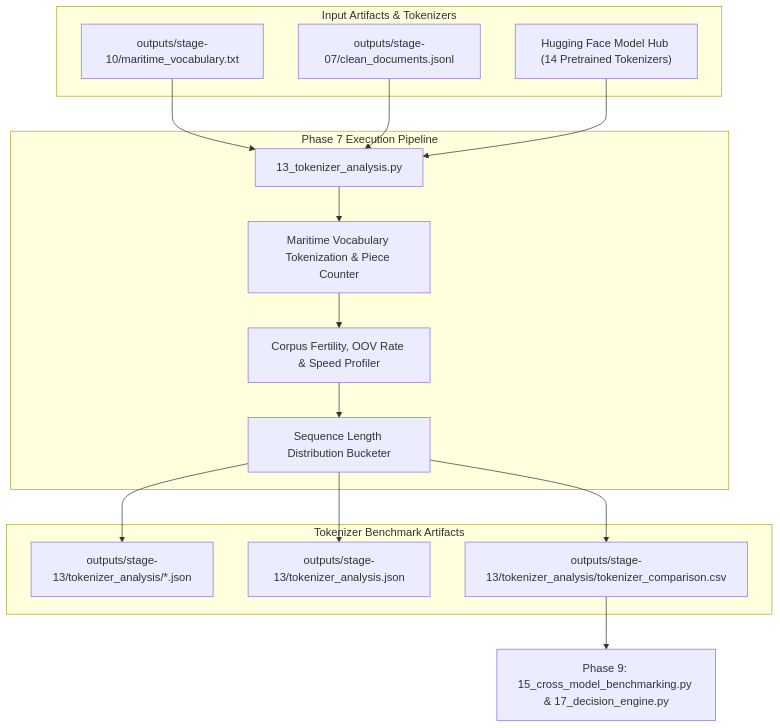
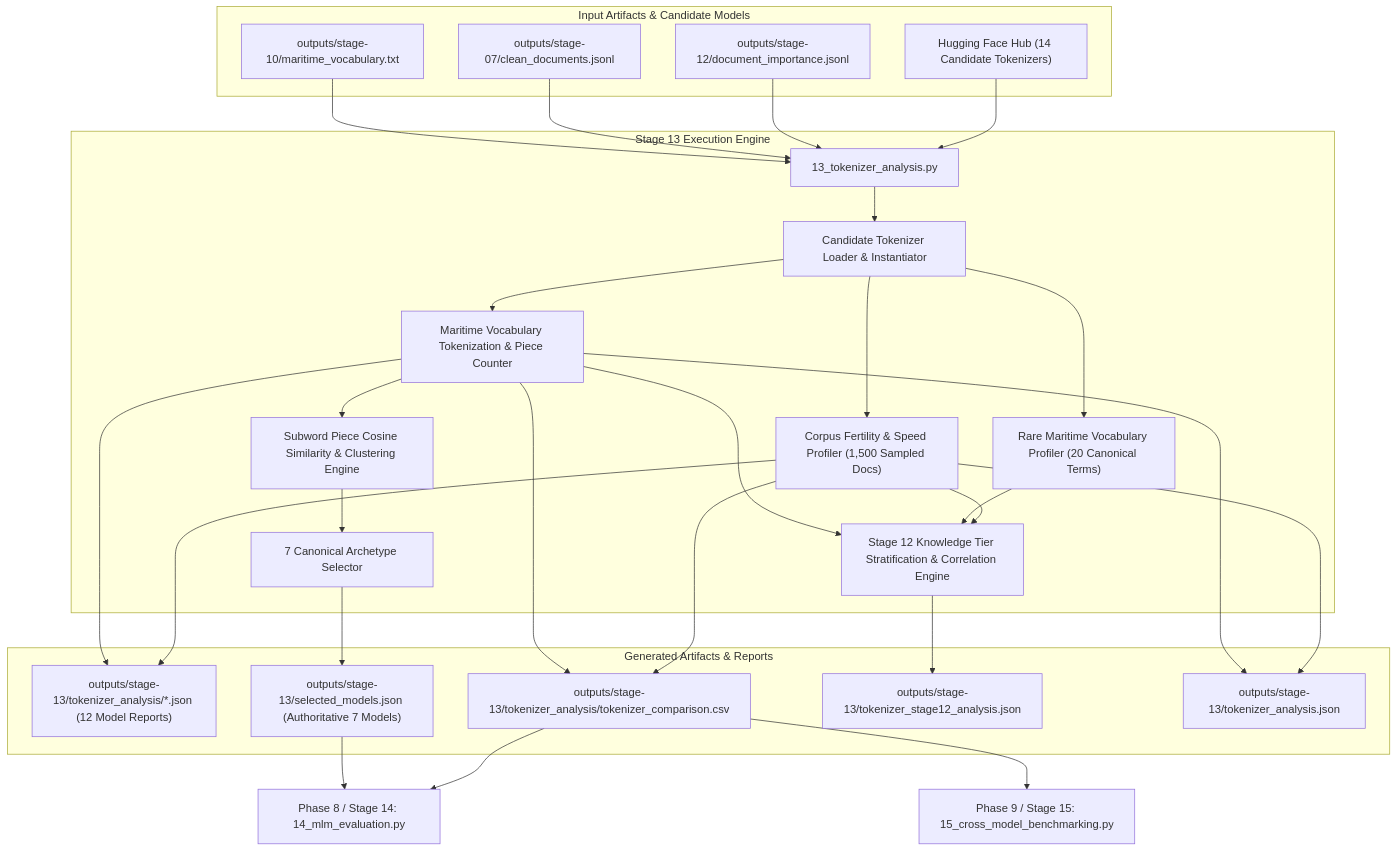
One commit to AbhishekYadav2207/TSBC-MaritimePipeline-PR changed the diagram in documentation/07_phase7_tokenizer_analysis.md. Above: the diagram before and after it, drawn with Mermaid. The commit also changed other lines of this file and 6 other files, not shown here.

````diff
--- a/documentation/07_phase7_tokenizer_analysis.md
+++ b/documentation/07_phase7_tokenizer_analysis.md
@@ -13,29 +18,41 @@
 ```mermaid
 flowchart TD
-    subgraph Inputs ["Input Artifacts & Tokenizers"]
+    subgraph Inputs ["Input Artifacts & Candidate Models"]
         VocabTXT["outputs/stage-10/maritime_vocabulary.txt"]
         CleanDocs["outputs/stage-07/clean_documents.jsonl"]
-        HFHub["Hugging Face Model Hub (14 Pretrained Tokenizers)"]
+        DocImpJSONL["outputs/stage-12/document_importance.jsonl"]
+        HFHub["Hugging Face Hub (14 Candidate Tokenizers)"]
     end
 
-    subgraph Processing ["Phase 7 Execution Pipeline"]
+    subgraph Processing ["Stage 13 Execution Engine"]
         S13["13_tokenizer_analysis.py"]
+        CandidateLoader["Candidate Tokenizer Loader & Instantiator"]
         VocabAnalyzer["Maritime Vocabulary Tokenization & Piece Counter"]
-        CorpusProfiler["Corpus Fertility, OOV Rate & Speed Profiler"]
-        SeqLenDist["Sequence Length Distribution Bucketer"]
+        RareVocabAnalyzer["Rare Maritime Vocabulary Profiler (20 Canonical Terms)"]
+        CorpusProfiler["Corpus Fertility & Speed Profiler (1,500 Sampled Docs)"]
+        Stage12Stratifier["Stage 12 Knowledge Tier Stratification & Correlation Engine"]
+        RedundancyClustering["Subword Piece Cosine Similarity & Clustering Engine"]
+        ArchetypeSelector["7 Canonical Archetype Selector"]
     end
 
-    subgraph Outputs ["Tokenizer Benchmark Artifacts"]
-        TokFolder["outputs/stage-13/tokenizer_analysis/*.json"]
+    subgraph Outputs ["Generated Artifacts & Reports"]
+        TokFolder["outputs/stage-13/tokenizer_analysis/*.json (12 Model Reports)"]
+        TokCSV["outputs/stage-13/tokenizer_analysis/tokenizer_comparison.csv"]
+        SelectedJSON["outputs/stage-13/selected_models.json (Authoritative 7 Models)"]
+        Stage12TokJSON["outputs/stage-13/tokenizer_stage12_analysis.json"]
         BertLegacy["outputs/stage-13/tokenizer_analysis.json"]
-        TokCSV["outputs/stage-13/tokenizer_analysis/tokenizer_comparison.csv"]
     end
 
-    VocabTXT & CleanDocs & HFHub --> S13
-    S13 --> VocabAnalyzer
-    VocabAnalyzer --> CorpusProfiler
-    CorpusProfiler --> SeqLenDist
-    SeqLenDist --> TokFolder & BertLegacy & TokCSV
+    VocabTXT & CleanDocs & DocImpJSONL & HFHub --> S13
+    S13 --> CandidateLoader
+    CandidateLoader --> VocabAnalyzer & RareVocabAnalyzer & CorpusProfiler
+    VocabAnalyzer & RareVocabAnalyzer & CorpusProfiler --> Stage12Stratifier
+    VocabAnalyzer --> RedundancyClustering
+    RedundancyClustering --> ArchetypeSelector
+    ArchetypeSelector --> SelectedJSON
+    VocabAnalyzer & CorpusProfiler --> TokFolder & TokCSV & BertLegacy
+    Stage12Stratifier --> Stage12TokJSON
 
-    TokCSV --> NextPhase9["Phase 9: 15_cross_model_benchmarking.py & 17_decision_engine.py"]
+    SelectedJSON & TokCSV --> NextStage14["Phase 8 / Stage 14: 14_mlm_evaluation.py"]
+    TokCSV --> NextStage15["Phase 9 / Stage 15: 15_cross_model_benchmarking.py"]
 ```
````
